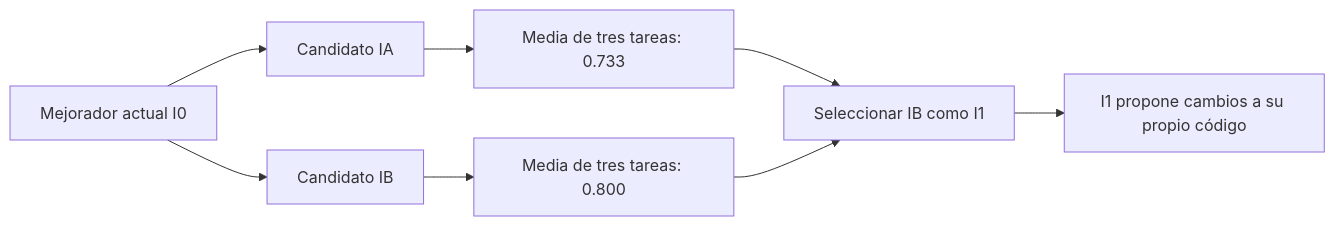
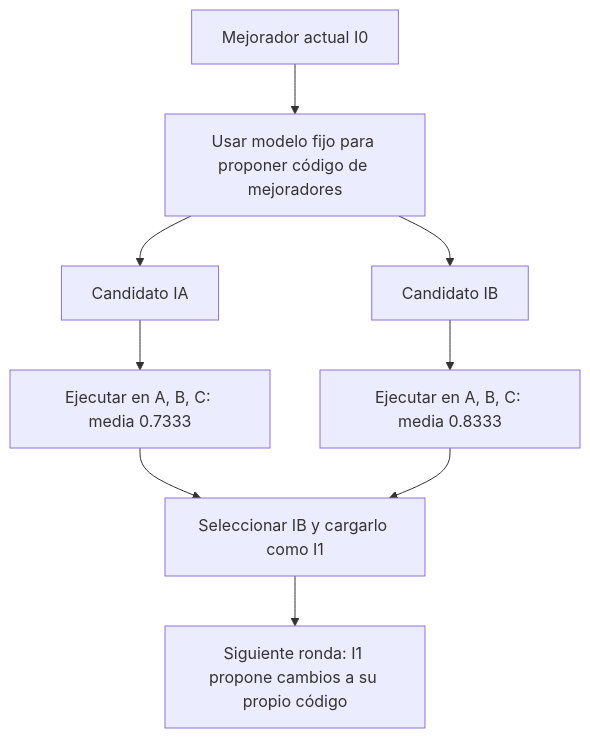
One commit to jairzinhosantos/thinking-harness changed the fourth of 4 diagrams in research/literature/reviews/pap-0001-stop.es.md. Above: the diagram before and after it, drawn with Mermaid. The commit also changed other lines of this file and 2 other files, not shown here.

````diff
--- a/research/literature/reviews/pap-0001-stop.es.md
+++ b/research/literature/reviews/pap-0001-stop.es.md
@@ -169,10 +395,11 @@
 ```mermaid
-flowchart LR
-    I0[Mejorador actual I0] --> IA[Candidato IA]
-    I0 --> IB[Candidato IB]
-    IA --> SA[Media de tres tareas: 0.733]
-    IB --> SB[Media de tres tareas: 0.800]
-    SA --> Pick[Seleccionar IB como I1]
-    SB --> Pick
-    Pick --> Next[I1 propone cambios a su propio código]
+flowchart TD
+    I0[Mejorador actual I0] --> P[Usar modelo fijo para proponer código de mejoradores]
+    P --> IA[Candidato IA]
+    P --> IB[Candidato IB]
+    IA --> EA[Ejecutar en A, B, C: media 0.7333]
+    IB --> EB[Ejecutar en A, B, C: media 0.8333]
+    EA --> S[Seleccionar IB y cargarlo como I1]
+    EB --> S
+    S --> N[Siguiente ronda: I1 propone cambios a su propio código]
 ```
````
